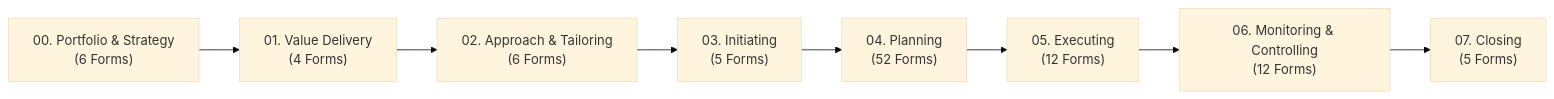
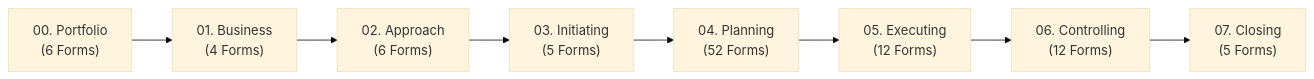
Before and after one commit to fakhruldeen/Tasleemat: the diagram in README.md, drawn with Mermaid (base theme). The commit also changed other lines of this file and 702 other files, not shown here.

````diff
--- a/README.md
+++ b/README.md
@@ -110,10 +50,10 @@
 ```mermaid
 flowchart LR
-    P0["00. Portfolio & Strategy<br/>(6 Forms)"] --> P1["01. Value Delivery<br/>(4 Forms)"]
-    P1 --> P2["02. Approach & Tailoring<br/>(6 Forms)"]
+    P0["00. Portfolio<br/>(6 Forms)"] --> P1["01. Business<br/>(4 Forms)"]
+    P1 --> P2["02. Approach<br/>(6 Forms)"]
     P2 --> P3["03. Initiating<br/>(5 Forms)"]
     P3 --> P4["04. Planning<br/>(52 Forms)"]
     P4 --> P5["05. Executing<br/>(12 Forms)"]
-    P5 --> P6["06. Monitoring & Controlling<br/>(12 Forms)"]
+    P5 --> P6["06. Controlling<br/>(12 Forms)"]
     P6 --> P7["07. Closing<br/>(5 Forms)"]
 ```
````
